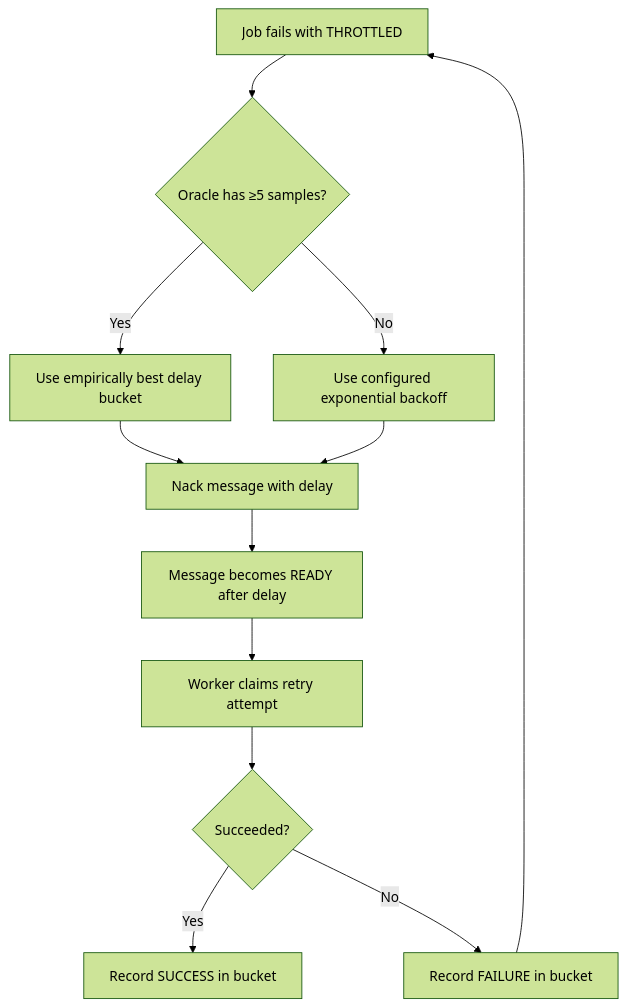
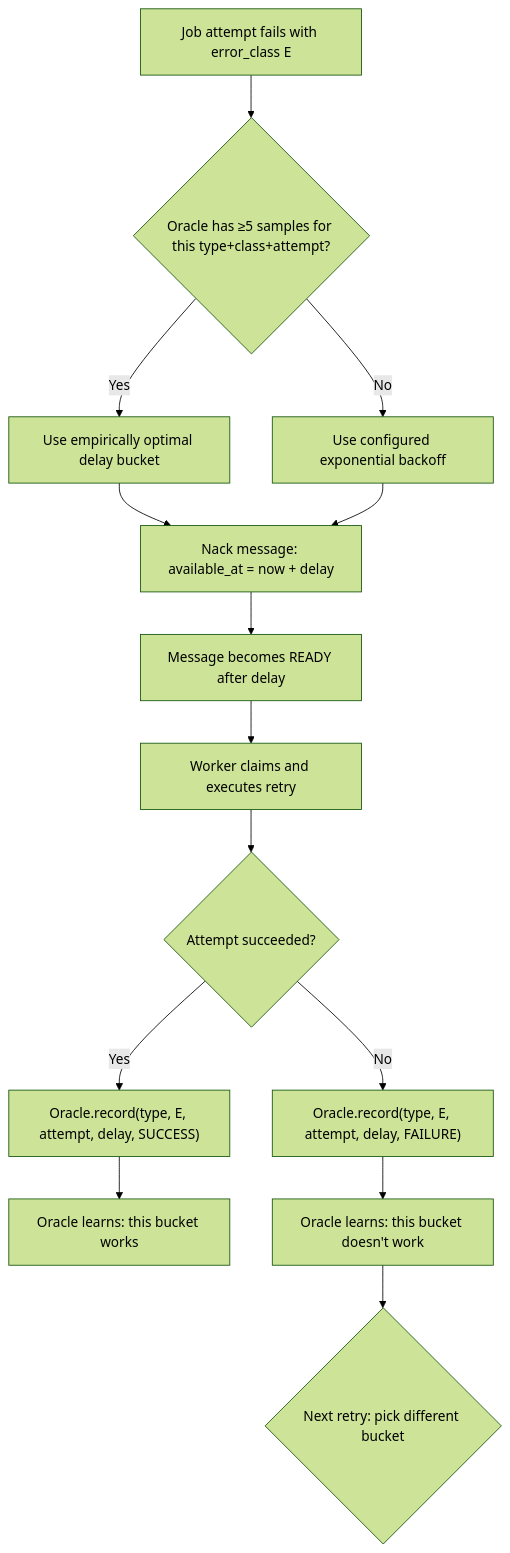
Before and after one commit to MaNiSh-9211/Schedula: the eighth of 11 diagrams in docs/ARCHITECTURE.md, drawn with Mermaid (forest theme). The commit also changed other lines of this file, not shown here.

Commit message:
architecture docs: 12 accurate mermaid diagrams verified against source code, added worker lifecycle, health scoring gate, signal/child workflow, retry oracle learning loop, circuit breaker state machine, cascade firewall flow

````diff
--- a/docs/ARCHITECTURE.md
+++ b/docs/ARCHITECTURE.md
@@ -186,14 +262,20 @@
 ```mermaid
 flowchart TD
-    A[Job fails with THROTTLED] --> B{Oracle has ≥5 samples?}
-    B -- Yes --> C[Use empirically best delay bucket]
+    A[Job attempt fails with error_class E] --> B{Oracle has ≥5 samples for this type+class+attempt?}
+    B -- Yes --> C[Use empirically optimal delay bucket]
     B -- No --> D[Use configured exponential backoff]
-    C --> E[Nack message with delay]
+
+    C --> E[Nack message: available_at = now + delay]
     D --> E
+
     E --> F[Message becomes READY after delay]
-    F --> G[Worker claims retry attempt]
-    G --> H{Succeeded?}
-    H -- Yes --> I[Record SUCCESS in bucket]
-    H -- No --> J[Record FAILURE in bucket]
-    J --> A
+    F --> G[Worker claims and executes retry]
+    G --> H{Attempt succeeded?}
+
+    H -- Yes --> I["Oracle.record(type, E, attempt, delay, SUCCESS)"]
+    H -- No --> J["Oracle.record(type, E, attempt, delay, FAILURE)"]
+
+    I --> K[Oracle learns: this bucket works]
+    J --> L[Oracle learns: this bucket doesn't work]
+    L --> M{Next retry: pick different bucket}
 ```
````
